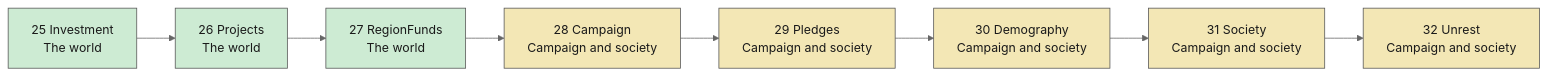
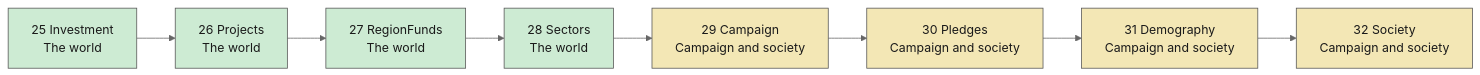
One commit to powerbassist/World-simulator changed the fourth of 5 diagrams in docs/tick-order.md. Above: the diagram before and after it, drawn with Mermaid (neutral theme). The commit also changed other lines of this file and 7 other files, not shown here.

````diff
--- a/docs/tick-order.md
+++ b/docs/tick-order.md
@@ -84,18 +84,18 @@
 ```mermaid
 flowchart LR
   s25["25 Investment<br/>The world"]:::g3
   s26["26 Projects<br/>The world"]:::g3
   s27["27 RegionFunds<br/>The world"]:::g3
-  s28["28 Campaign<br/>Campaign and society"]:::g4
-  s29["29 Pledges<br/>Campaign and society"]:::g4
-  s30["30 Demography<br/>Campaign and society"]:::g4
-  s31["31 Society<br/>Campaign and society"]:::g4
-  s32["32 Unrest<br/>Campaign and society"]:::g4
+  s28["28 Sectors<br/>The world"]:::g3
+  s29["29 Campaign<br/>Campaign and society"]:::g4
+  s30["30 Pledges<br/>Campaign and society"]:::g4
+  s31["31 Demography<br/>Campaign and society"]:::g4
+  s32["32 Society<br/>Campaign and society"]:::g4
   s25 --> s26 --> s27 --> s28 --> s29 --> s30 --> s31 --> s32
   classDef g0 fill:#cfe3f7,stroke:#555,color:#1a1a1a
   classDef g1 fill:#f6dcc2,stroke:#555,color:#1a1a1a
   classDef g2 fill:#dccff0,stroke:#555,color:#1a1a1a
   classDef g3 fill:#cdebd3,stroke:#555,color:#1a1a1a
   classDef g4 fill:#f3e7b5,stroke:#555,color:#1a1a1a
   classDef g5 fill:#f2cfd3,stroke:#555,color:#1a1a1a
 ```
````
